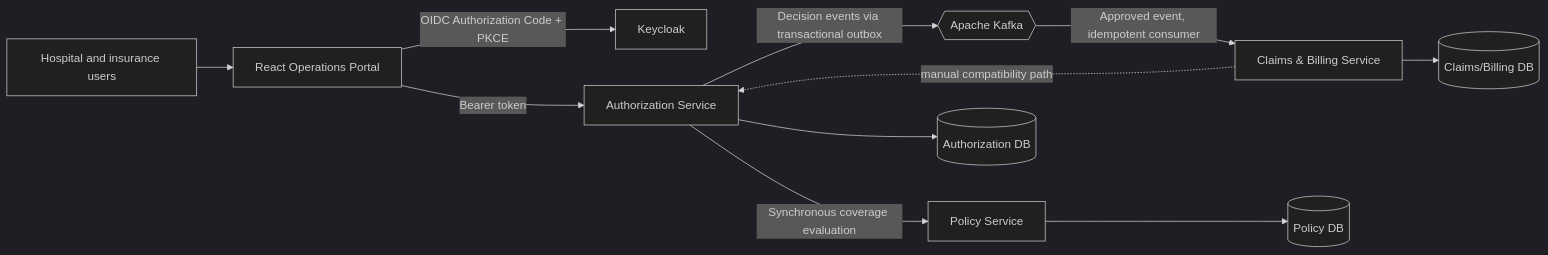
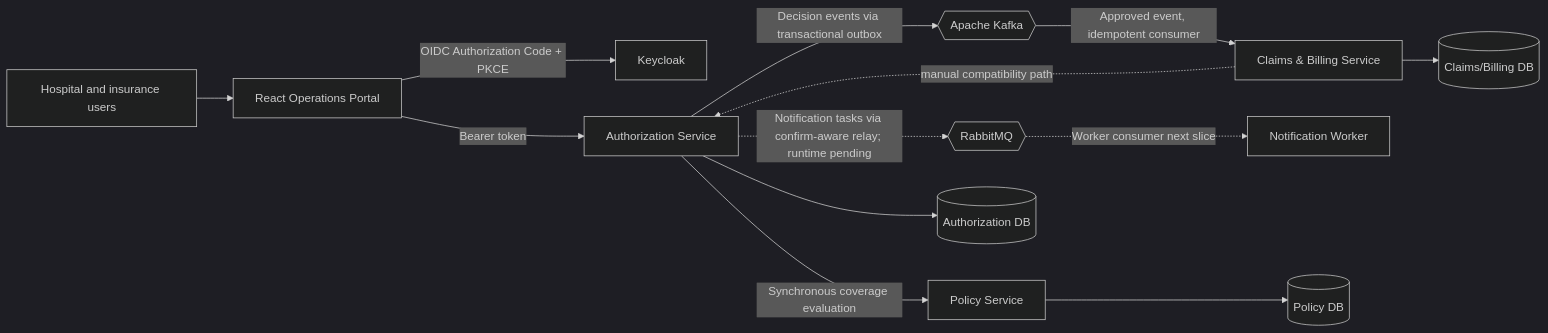
The diagram in README.md (aydindemir1/health-insurance-platform), drawn with Mermaid (dark theme) before and after one commit. The commit also changed other lines of this file and 9 other files, not shown here.

````diff
--- a/README.md
+++ b/README.md
@@ -143,13 +156,15 @@
 ```mermaid
 flowchart LR
     User[Hospital and insurance users] --> Portal[React Operations Portal]
     Portal -->|OIDC Authorization Code + PKCE| KC[Keycloak]
     Portal -->|Bearer token| Auth[Authorization Service]
     Auth -->|Synchronous coverage evaluation| Policy[Policy Service]
     Auth -->|Decision events via transactional outbox| Kafka{{Apache Kafka}}
+    Auth -. Notification tasks via confirm-aware relay; runtime pending .-> Rabbit{{RabbitMQ}}
     Kafka -->|Approved event, idempotent consumer| Claims[Claims & Billing Service]
+    Rabbit -. Worker consumer next slice .-> Notifications[Notification Worker]
     Claims -. manual compatibility path .-> Auth
     Auth --> AuthDB[(Authorization DB)]
     Policy --> PolicyDB[(Policy DB)]
     Claims --> ClaimsDB[(Claims/Billing DB)]
 ```
````
